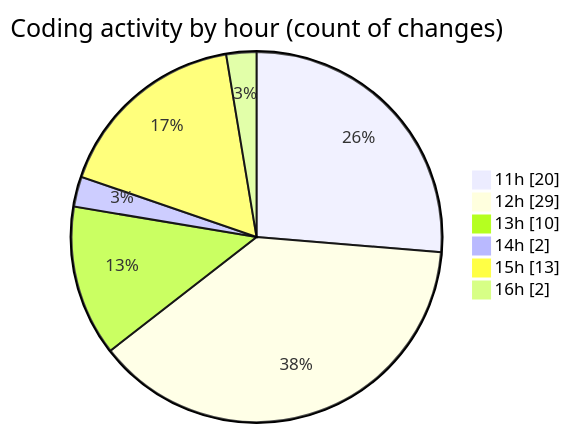
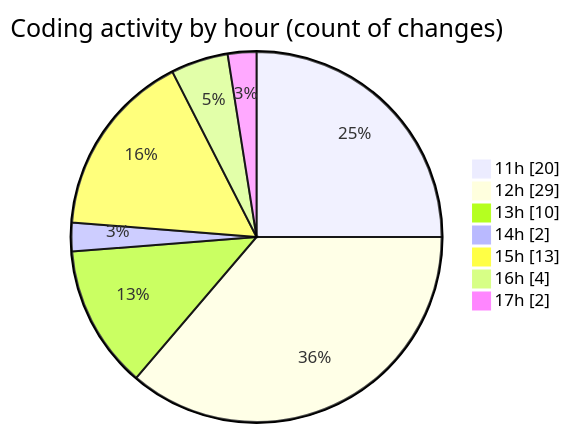
The second of 2 diagrams in 2025-12-11/nxtqube_webapp/README.md (nxtqubesakshisongat/code-tracking), drawn with Mermaid before and after one commit. The commit also changed other lines of this file and 1 other file, not shown here.

````diff
--- a/2025-12-11/nxtqube_webapp/README.md
+++ b/2025-12-11/nxtqube_webapp/README.md
@@ -41,10 +42,11 @@
 ```mermaid
 pie showData
 title Coding activity by hour (count of changes)
 "11h" : 20
 "12h" : 29
 "13h" : 10
 "14h" : 2
 "15h" : 13
-"16h" : 2
+"16h" : 4
+"17h" : 2
 ```
````
